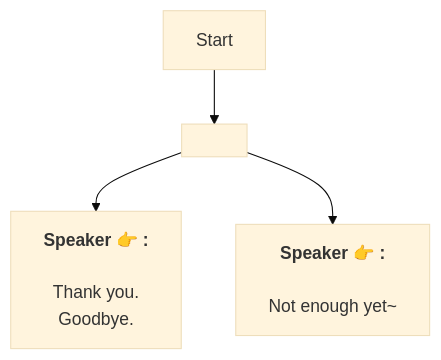
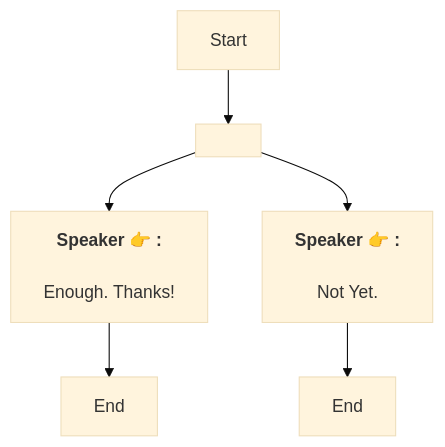
One commit to SoftHu/tos_avg changed the diagram in En/QuestNPCDeliveryENode_1747047147014397.md. Above: the diagram before and after it, drawn with Mermaid (base theme). The commit also changed 410 other files, not shown here.

````diff
--- a/En/QuestNPCDeliveryENode_1747047147014397.md
+++ b/En/QuestNPCDeliveryENode_1747047147014397.md
@@ -1,9 +1,11 @@
 ```mermaid
 graph
-Start -->1756340482953736[ ]
-1756340482953736 -->1747047181354242[<b>Speaker 👉 :</b>
-\nThank you.\nGoodbye.]
-1756340482953736 -->1756336692089353[<b>Speaker 👉 :</b>
-\nNot enough yet~]
+Start -->1775081491433818[ ]
+1775081491433818 -->1775081524807005[<b>Speaker 👉 :</b>
+\nEnough. Thanks!]
+1775081491433818 -->1775081504499035[<b>Speaker 👉 :</b>
+\nNot Yet.]
+1775081524807005 -->1775081544174943[End]
+1775081504499035 -->1775081546221920[End]
 
 ```
````
